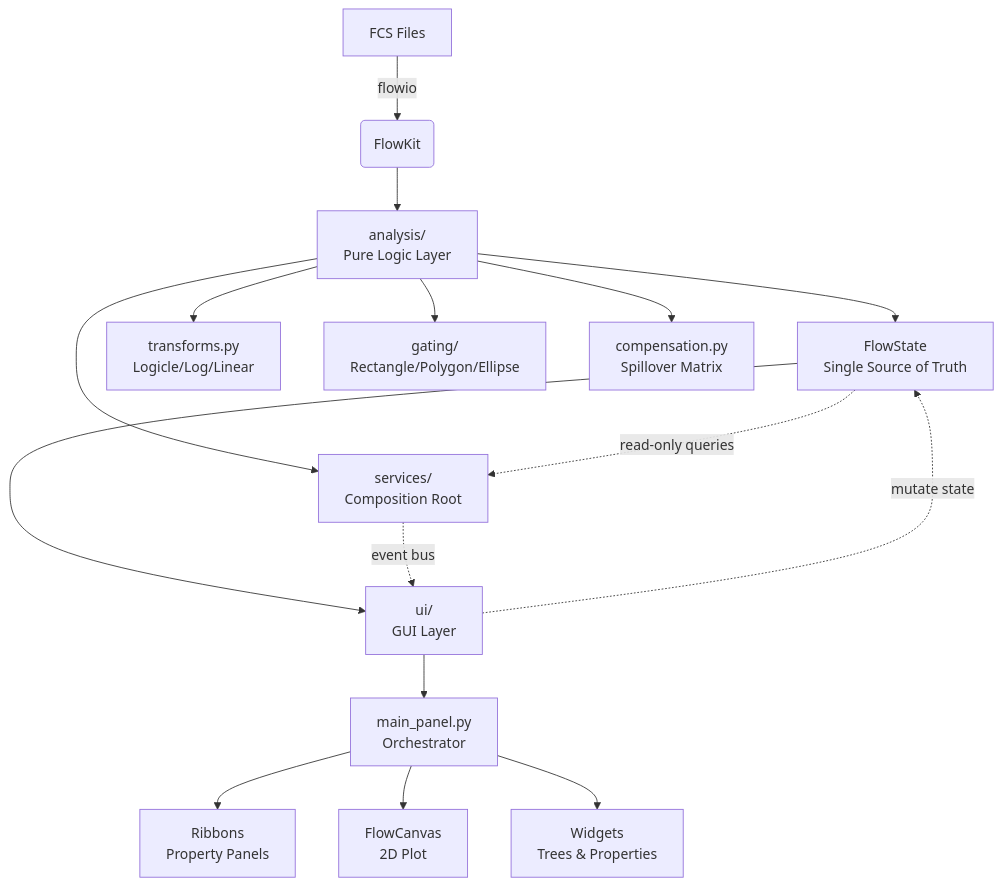
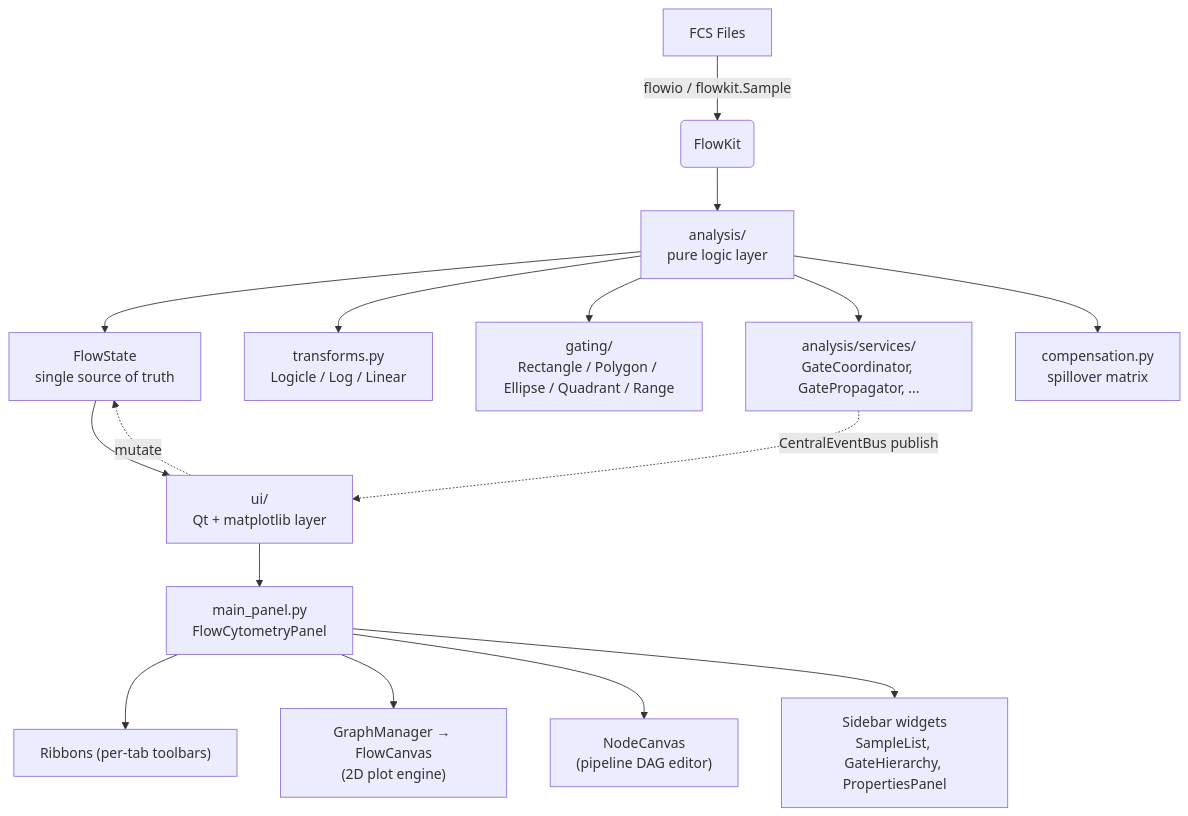
The second of 4 diagrams in docs/developer/00_ARCHITECTURE_OVERVIEW.md (KalaimaranB/BioPro-flow-cytometry), drawn with Mermaid before and after one commit. The commit also changed other lines of this file and 53 other files, not shown here.

````diff
--- a/docs/developer/00_ARCHITECTURE_OVERVIEW.md
+++ b/docs/developer/00_ARCHITECTURE_OVERVIEW.md
@@ -20,21 +139,21 @@
 ```mermaid
 graph TD
-    A[FCS Files] -->|flowio| B(FlowKit)
-    B --> C["analysis/<br/>Pure Logic Layer"]
-    C --> D["FlowState<br/>Single Source of Truth"]
-    D --> E["ui/<br/>GUI Layer"]
+    A[FCS Files] -->|flowio / flowkit.Sample| B(FlowKit)
+    B --> C["analysis/<br/>pure logic layer"]
+    C --> D["FlowState<br/>single source of truth"]
+    D --> E["ui/<br/>Qt + matplotlib layer"]
 
-    E --> F["main_panel.py<br/>Orchestrator"]
-    F --> G["Ribbons<br/>Property Panels"]
-    F --> H["FlowCanvas<br/>2D Plot"]
-    F --> I["Widgets<br/>Trees & Properties"]
+    E --> F["main_panel.py<br/>FlowCytometryPanel"]
+    F --> G["Ribbons (per-tab toolbars)"]
+    F --> H["GraphManager → FlowCanvas<br/>(2D plot engine)"]
+    F --> I["NodeCanvas<br/>(pipeline DAG editor)"]
+    F --> J["Sidebar widgets<br/>SampleList, GateHierarchy, PropertiesPanel"]
 
-    C --> J["transforms.py<br/>Logicle/Log/Linear"]
-    C --> K["gating/<br/>Rectangle/Polygon/Ellipse"]
-    C --> L["services/<br/>Composition Root"]
-    C --> M["compensation.py<br/>Spillover Matrix"]
+    C --> K["transforms.py<br/>Logicle / Log / Linear"]
+    C --> L["gating/<br/>Rectangle / Polygon / Ellipse / Quadrant / Range"]
+    C --> M["analysis/services/<br/>GateCoordinator, GatePropagator, ..."]
+    C --> N["compensation.py<br/>spillover matrix"]
 
-    E -.->|mutate state| D
-    D -.->|read-only queries| L
-    L -.->|event bus| E
+    E -.->|mutate| D
+    M -.->|CentralEventBus publish| E
 ```
````
